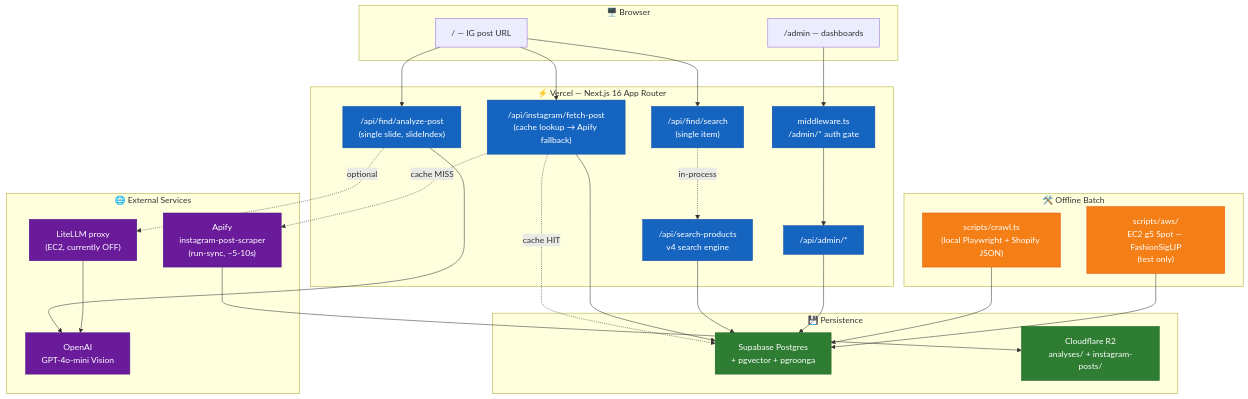
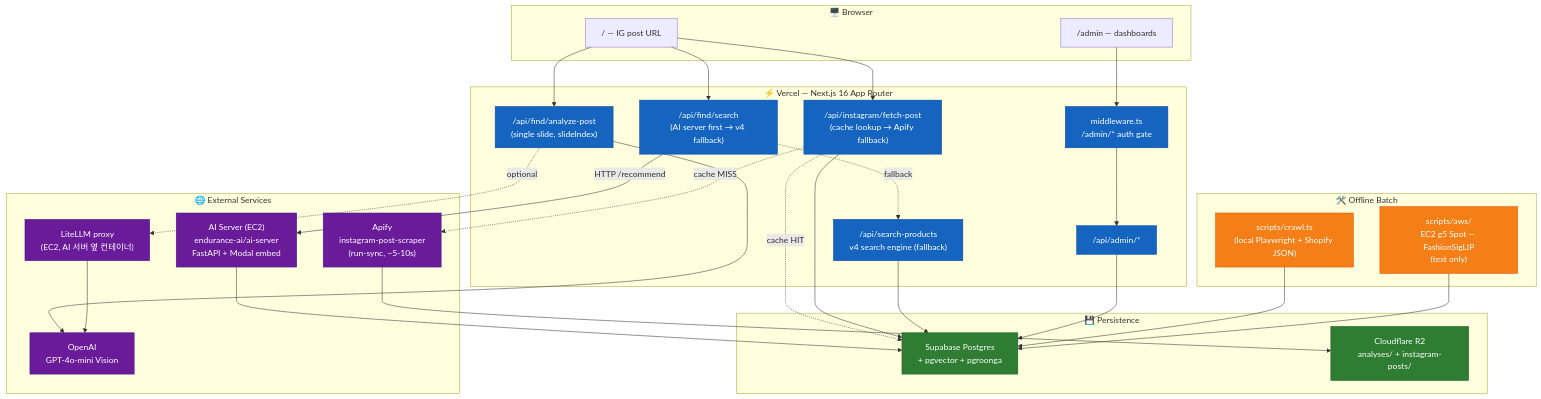
One commit to endurance-ai/portal.ai changed the diagram in docs/ARCHITECTURE.md. Above: the diagram before and after it, drawn with Mermaid. The commit also changed other lines of this file and 6 other files, not shown here.

````diff
--- a/docs/ARCHITECTURE.md
+++ b/docs/ARCHITECTURE.md
@@ -35,62 +35,65 @@
 ```mermaid
 graph TB
     subgraph Browser["🖥️ Browser"]
         U1["/ — IG post URL"]
         U2["/admin — dashboards"]
     end
 
     subgraph Vercel["⚡ Vercel — Next.js 16 App Router"]
         MW["middleware.ts<br/>/admin/* auth gate"]
         API_IG["/api/instagram/fetch-post<br/>(cache lookup → Apify fallback)"]
         API_FIND_AN["/api/find/analyze-post<br/>(single slide, slideIndex)"]
-        API_FIND_S["/api/find/search<br/>(single item)"]
-        API_SEARCH["/api/search-products<br/>v4 search engine"]
+        API_FIND_S["/api/find/search<br/>(AI server first → v4 fallback)"]
+        API_SEARCH["/api/search-products<br/>v4 search engine (fallback)"]
         API_ADMIN["/api/admin/*"]
     end
 
     subgraph External["🌐 External Services"]
         APIFY["Apify<br/>instagram-post-scraper<br/>(run-sync, ~5-10s)"]
         OAI["OpenAI<br/>GPT-4o-mini Vision"]
-        LITELLM["LiteLLM proxy<br/>(EC2, currently OFF)"]
+        AISERVER["AI Server (EC2)<br/>endurance-ai/ai-server<br/>FastAPI + Modal embed"]
+        LITELLM["LiteLLM proxy<br/>(EC2, AI 서버 옆 컨테이너)"]
     end
 
     subgraph Data["💾 Persistence"]
         SB["Supabase Postgres<br/>+ pgvector + pgroonga"]
         R2["Cloudflare R2<br/>analyses/ + instagram-posts/"]
     end
 
     subgraph Batch["🛠️ Offline Batch"]
         CRAWL["scripts/crawl.ts<br/>(local Playwright + Shopify JSON)"]
         EMBED["scripts/aws/<br/>EC2 g5 Spot — FashionSigLIP<br/>(test only)"]
     end
 
     U1 --> API_IG
     API_IG -. cache HIT .-> SB
     API_IG -. cache MISS .-> APIFY
     APIFY --> R2
     API_IG --> SB
 
     U1 --> API_FIND_AN
     API_FIND_AN --> OAI
     API_FIND_AN -.optional.-> LITELLM --> OAI
 
     U1 --> API_FIND_S
-    API_FIND_S -. in-process .-> API_SEARCH
+    API_FIND_S -->|HTTP /recommend| AISERVER
+    API_FIND_S -. fallback .-> API_SEARCH
+    AISERVER --> SB
     API_SEARCH --> SB
 
     U2 --> MW --> API_ADMIN
     API_ADMIN --> SB
 
     CRAWL --> SB
     EMBED --> SB
 
     classDef vercel fill:#1565c0,stroke:#0d47a1,color:#fff
     classDef ext fill:#6a1b9a,stroke:#4a148c,color:#fff
     classDef data fill:#2e7d32,stroke:#1b5e20,color:#fff
     classDef batch fill:#f57f17,stroke:#e65100,color:#fff
 
     class MW,API_SEARCH,API_IG,API_FIND_AN,API_FIND_S,API_ADMIN vercel
-    class APIFY,OAI,LITELLM ext
+    class APIFY,OAI,LITELLM,AISERVER ext
     class SB,R2 data
     class CRAWL,EMBED batch
 ```
````
